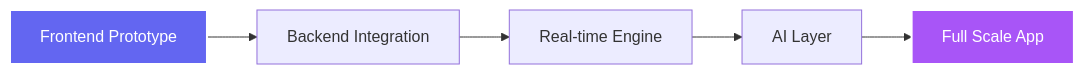
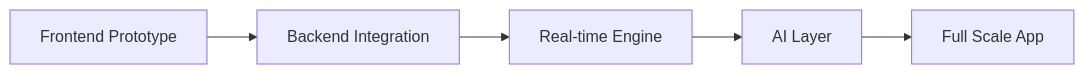
One commit to ayushtripathi-45/Note-Share changed the diagram in README.md. Above: the diagram before and after it, drawn with Mermaid. The commit also changed other lines of this file, not shown here.

Commit message:
Simplify Mermaid diagram for GitHub compatibility

````diff
--- a/README.md
+++ b/README.md
@@ -116,9 +117,7 @@
 ```mermaid
 flowchart LR
     A["Frontend Prototype"] --> B["Backend Integration"]
     B --> C["Real-time Engine"]
     C --> D["AI Layer"]
     D --> E["Full Scale App"]
-    style A fill:#6366f1,stroke:#fff,stroke-width:2px,color:#fff
-    style E fill:#a855f7,stroke:#fff,stroke-width:2px,color:#fff
 ```
````
